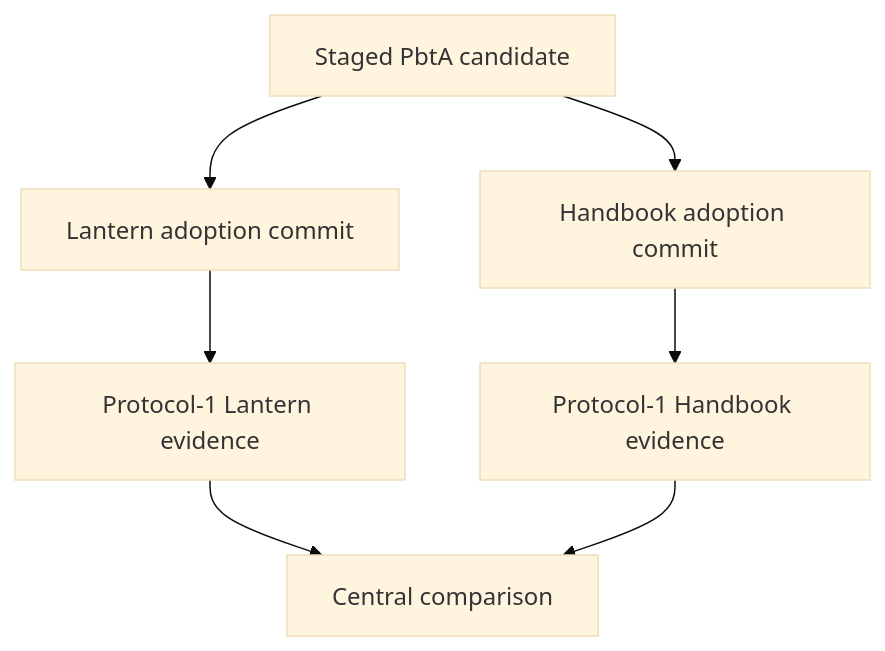
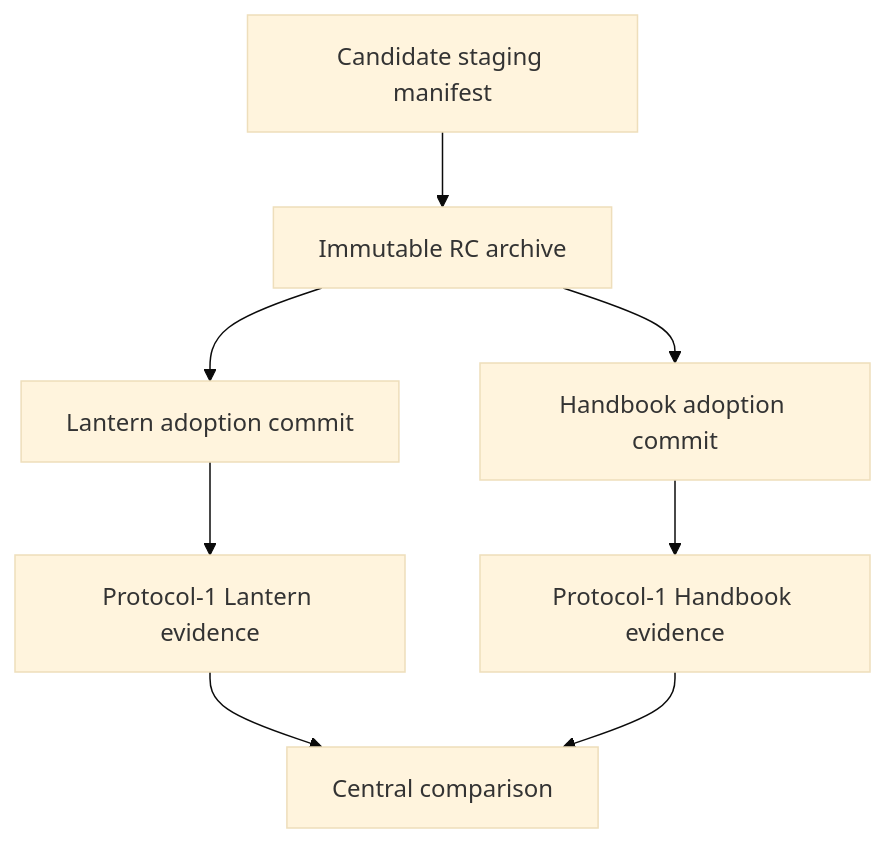
The first of 2 diagrams in aidd_docs/tasks/2026_09/2026_09_22_cross_repo_release_train/phase-2.md (RebelliousSmile/schema-pbta), drawn with Mermaid (base theme) before and after one commit. The commit also changed other lines of this file and 6 other files, not shown here.

````diff
--- a/aidd_docs/tasks/2026_09/2026_09_22_cross_repo_release_train/phase-2.md
+++ b/aidd_docs/tasks/2026_09/2026_09_22_cross_repo_release_train/phase-2.md
@@ -22,9 +22,10 @@
 ```mermaid
 flowchart TD
-  A[Staged PbtA candidate] --> B[Lantern adoption commit]
-  A --> C[Handbook adoption commit]
-  B --> D[Protocol-1 Lantern evidence]
-  C --> E[Protocol-1 Handbook evidence]
-  D --> F[Central comparison]
-  E --> F
+  A[Candidate staging manifest] --> B[Immutable RC archive]
+  B --> C[Lantern adoption commit]
+  B --> D[Handbook adoption commit]
+  C --> E[Protocol-1 Lantern evidence]
+  D --> F[Protocol-1 Handbook evidence]
+  E --> G[Central comparison]
+  F --> G
 ```
````
